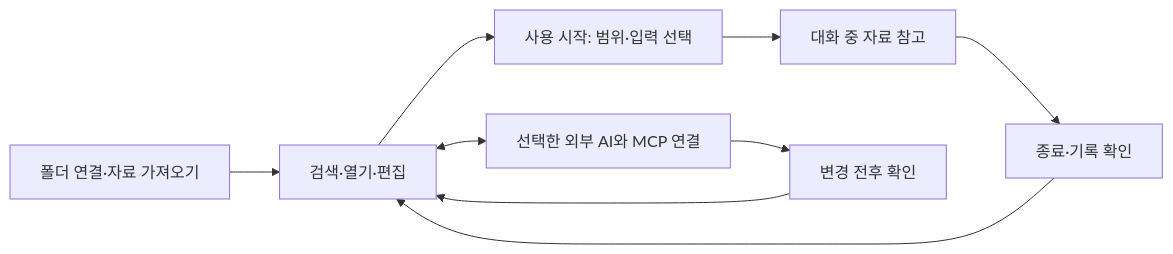
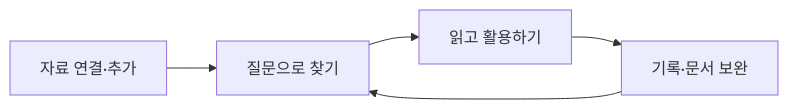
Before and after one commit to qoal1201/clonie-preview: the diagram in README.md, drawn with Mermaid. The commit also changed other lines of this file and 17 other files, not shown here.

````diff
--- a/README.md
+++ b/README.md
@@ -73,11 +28,7 @@
 ```mermaid
 flowchart LR
-  A[폴더 연결·자료 가져오기] --> B[검색·열기·편집]
-  B --> C[사용 시작: 범위·입력 선택]
-  C --> D[대화 중 자료 참고]
-  D --> E[종료·기록 확인]
-  E --> B
-  B <--> F[선택한 외부 AI와 MCP 연결]
-  F --> G[변경 전후 확인]
-  G --> B
+  A[자료 연결·추가] --> B[질문으로 찾기]
+  B --> C[읽고 활용하기]
+  C --> D[기록·문서 보완]
+  D --> B
 ```
````
